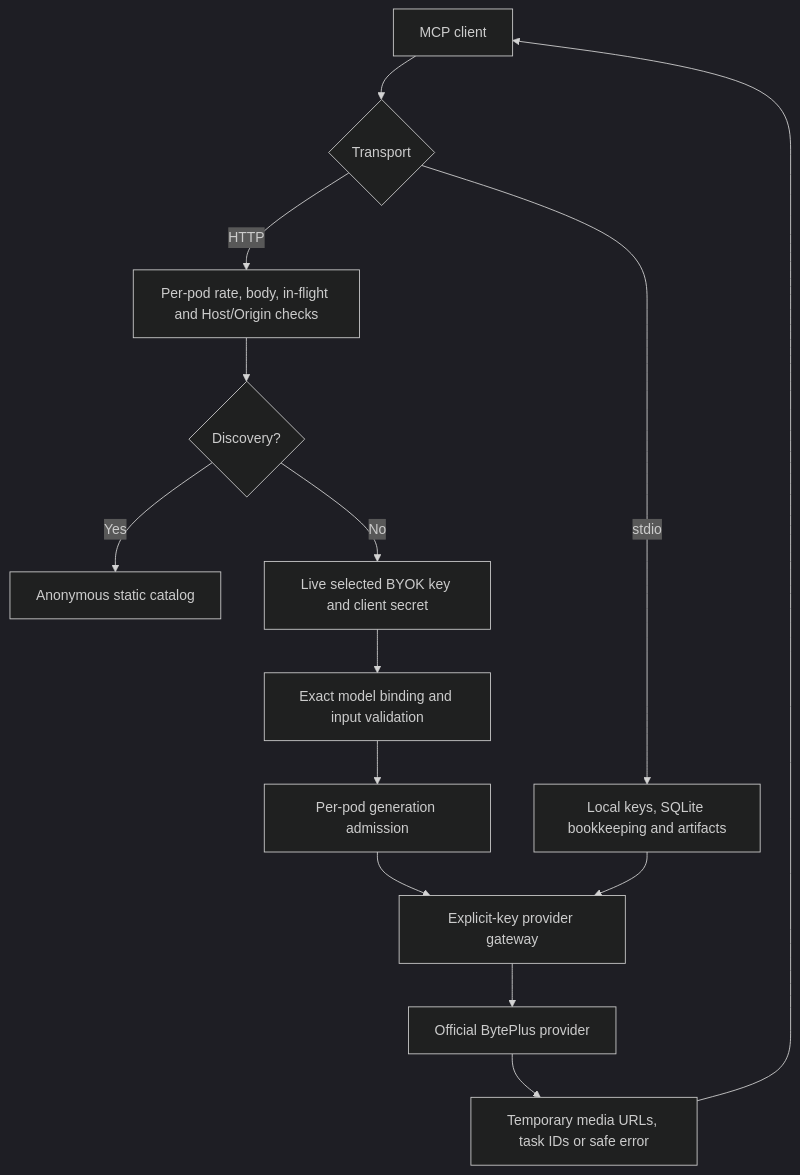
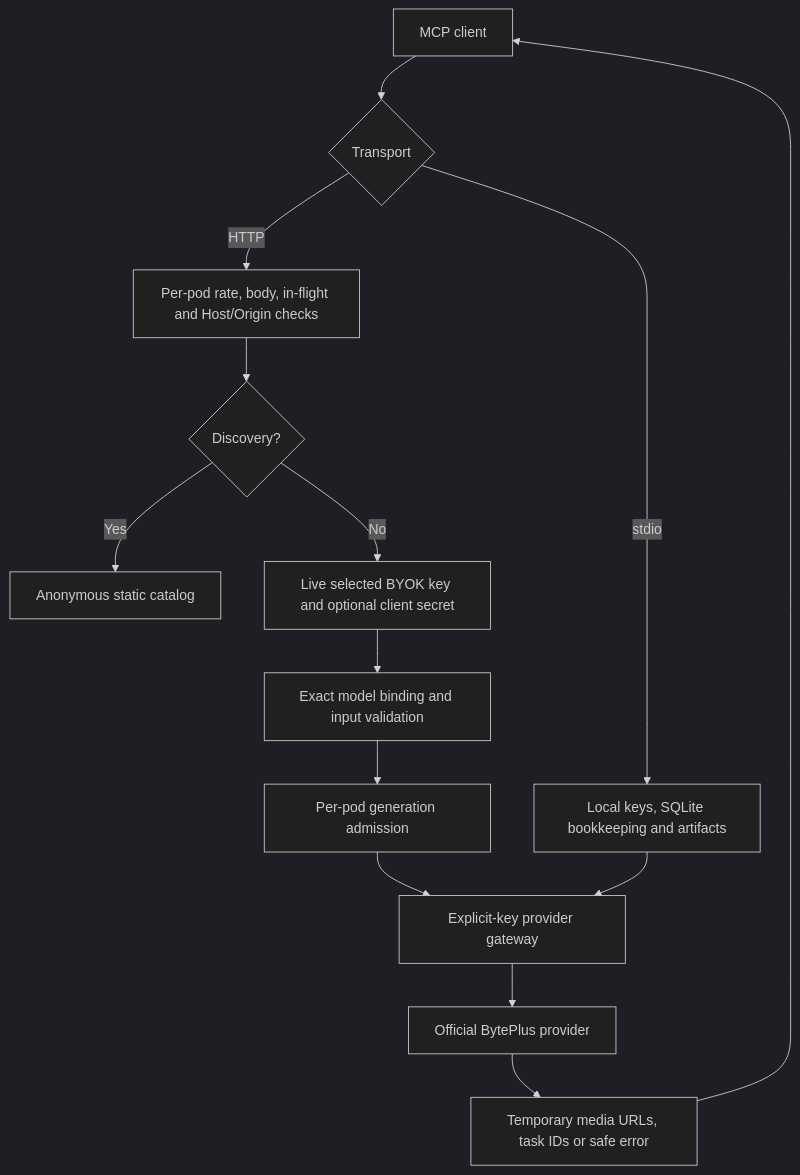
Before and after one commit to byteplus-sa/seed-mcp: the diagram in docs/architecture.md, drawn with Mermaid (dark theme). The commit also changed other lines of this file and 60 other files, not shown here.

First line of the commit message:
Make HTTP client secrets optional for simpler BYOK setup

````diff
--- a/docs/architecture.md
+++ b/docs/architecture.md
@@ -9,16 +9,16 @@
 ```mermaid
 flowchart TD
     Client["MCP client"] --> Transport{"Transport"}
     Transport -->|HTTP| Limits["Per-pod rate, body, in-flight and Host/Origin checks"]
     Limits --> Discovery{"Discovery?"}
     Discovery -->|Yes| Catalog["Anonymous static catalog"]
-    Discovery -->|No| Headers["Live selected BYOK key and client secret"]
+    Discovery -->|No| Headers["Live selected BYOK key and optional client secret"]
     Headers --> Validate["Exact model binding and input validation"]
     Validate --> Slots["Per-pod generation admission"]
     Slots --> Gateway["Explicit-key provider gateway"]
     Transport -->|stdio| Local["Local keys, SQLite bookkeeping and artifacts"]
     Local --> Gateway
     Gateway --> Provider["Official BytePlus provider"]
     Provider --> Result["Temporary media URLs, task IDs or safe error"]
     Result --> Client
 ```
````
